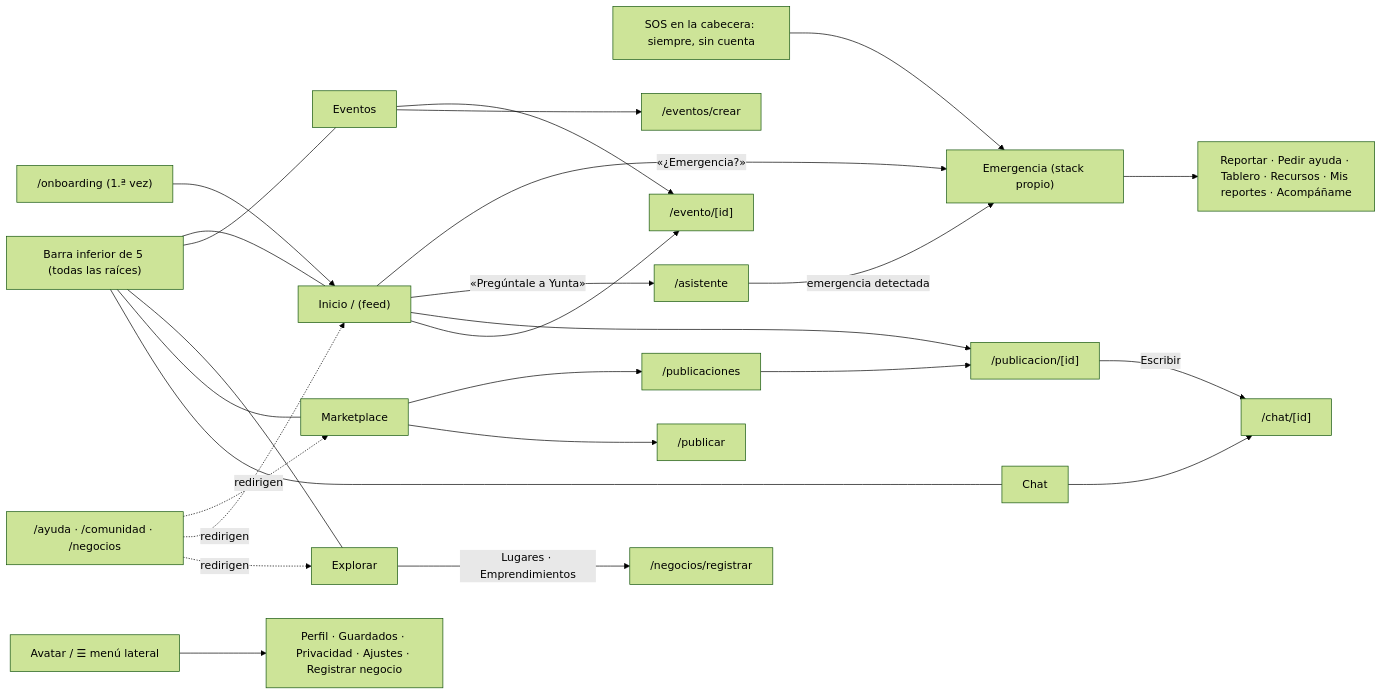
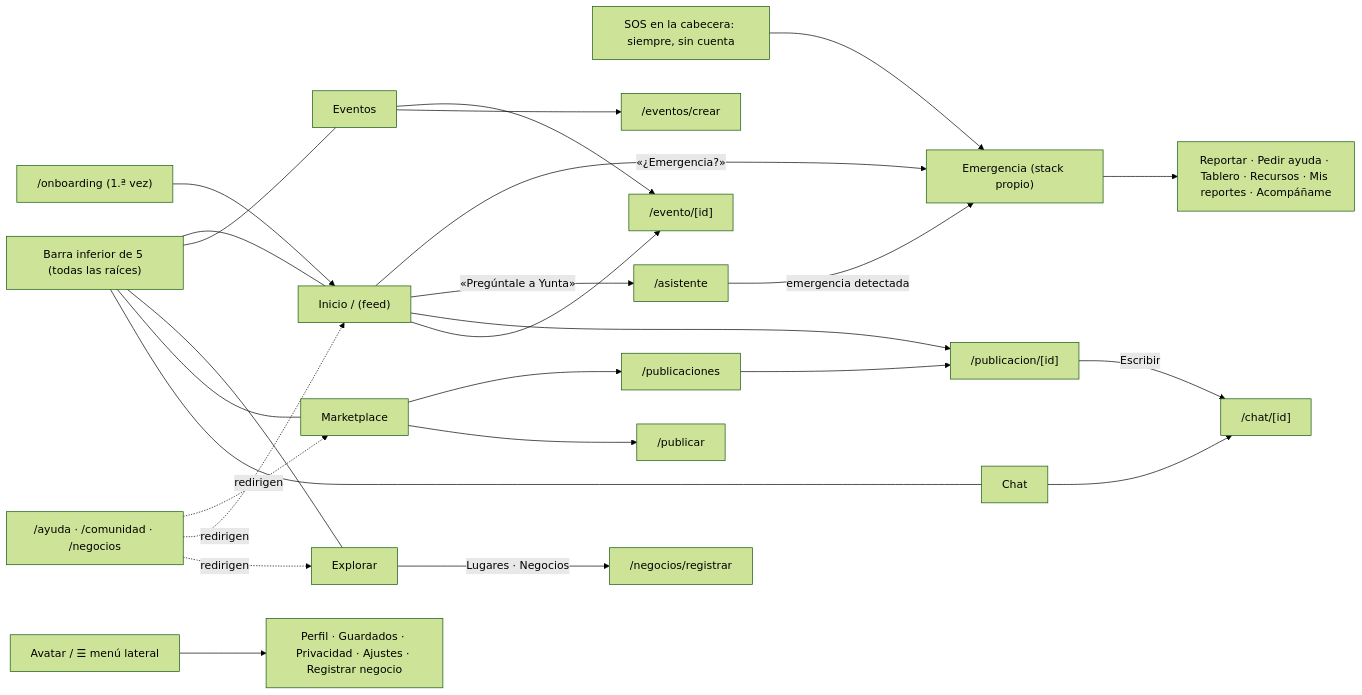
Before and after one commit to Shine299/Hackaton-Comercio-Team: the fourth of 4 diagrams in README.md, drawn with Mermaid (forest theme). The commit also changed other lines of this file and 25 other files, not shown here.

````diff
--- a/README.md
+++ b/README.md
@@ -248,23 +248,23 @@
 ```mermaid
 flowchart LR
   OB["/onboarding (1.ª vez)"] --> HOME
 
   BAR["Barra inferior de 5 (todas las raíces)"] --- HOME["Inicio / (feed)"] & EVE["Eventos"] & EXP["Explorar"] & MKT["Marketplace"] & CHAT["Chat"]
   SOS["SOS en la cabecera: siempre, sin cuenta"] --> EME["Emergencia (stack propio)"]
   HOME -->|«¿Emergencia?»| EME
   HOME -->|«Pregúntale a Yunta»| ASI["/asistente"]
   ASI -->|emergencia detectada| EME
   MENU["Avatar / ☰ menú lateral"] --> PER["Perfil · Guardados · Privacidad · Ajustes · Registrar negocio"]
 
   HOME --> DET["/publicacion/[id]"]
   HOME --> EVD["/evento/[id]"]
   EVE --> EVD
   EVE --> EVC["/eventos/crear"]
-  EXP -->|Lugares · Emprendimientos| REG["/negocios/registrar"]
+  EXP -->|Lugares · Negocios| REG["/negocios/registrar"]
   MKT --> LIST["/publicaciones"] --> DET
   MKT --> PUB["/publicar"]
   DET -->|Escribir| CHT["/chat/[id]"]
   CHAT --> CHT
   EME --> REP["Reportar · Pedir ayuda · Tablero · Recursos · Mis reportes · Acompáñame"]
   OLD["/ayuda · /comunidad · /negocios"] -.->|redirigen| MKT & HOME & EXP
 ```
````
